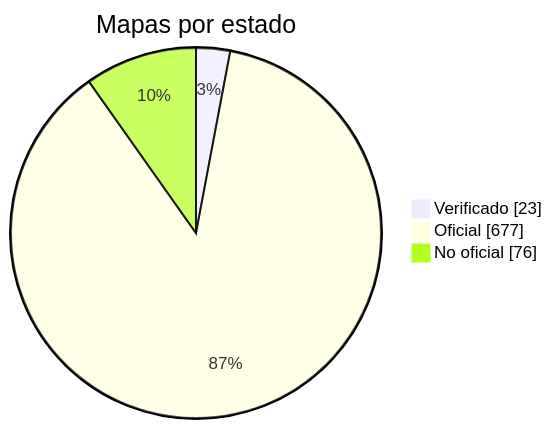
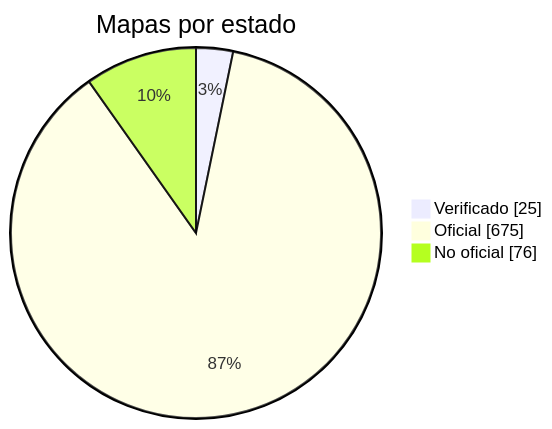
The diagram in docs/readme/README_ES.md (nobrega8/mbmap-library), drawn with Mermaid before and after one commit. The commit also changed 7 other files, not shown here.

````diff
--- a/docs/readme/README_ES.md
+++ b/docs/readme/README_ES.md
@@ -54,7 +54,7 @@
 ```mermaid
 pie showData
     title Mapas por estado
-    "Verificado" : 23
-    "Oficial" : 677
+    "Verificado" : 25
+    "Oficial" : 675
     "No oficial" : 76
 ```
````
